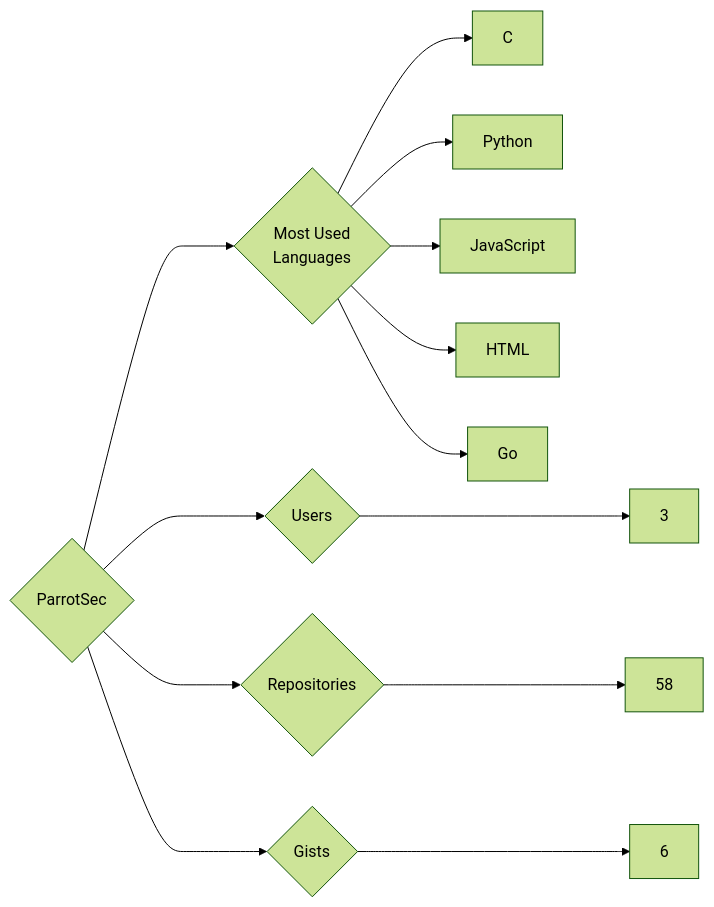
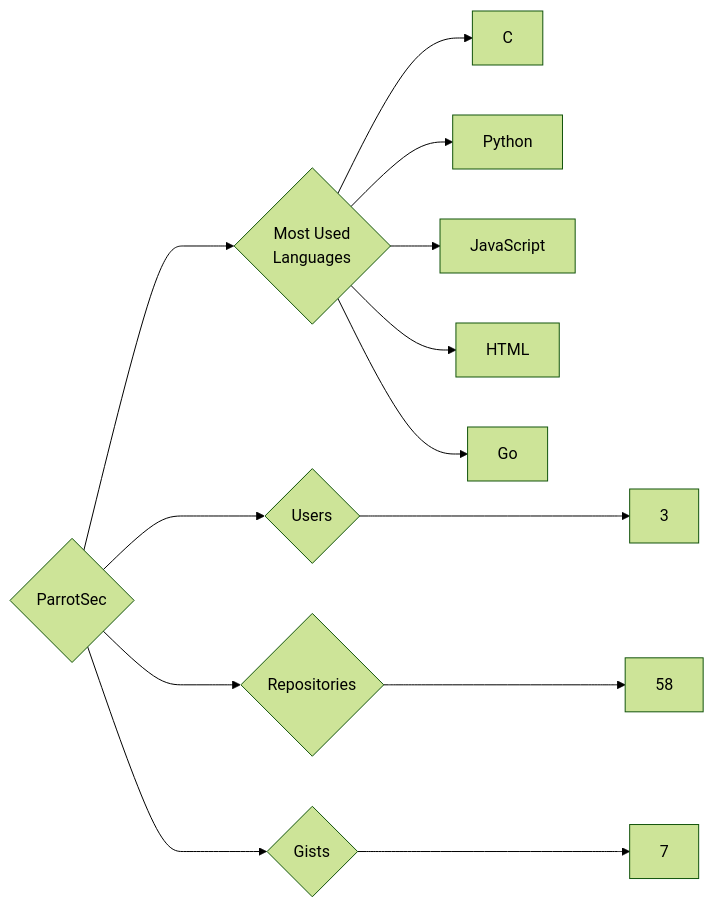
The diagram in targets/ParrotSec/README.md (trickest/insiders), drawn with Mermaid (forest theme) before and after one commit. The commit also changed 976 other files, not shown here.

````diff
--- a/targets/ParrotSec/README.md
+++ b/targets/ParrotSec/README.md
@@ -3,13 +3,13 @@
 ```mermaid
 graph LR
 COMPANY_NAME{ParrotSec}
 COMPANY_NAME ---> U{Users} ---> UN[3]
 COMPANY_NAME ---> R{Repositories} ---> RN[58]
-COMPANY_NAME ---> G{Gists} ---> GN[6]
+COMPANY_NAME ---> G{Gists} ---> GN[7]
 COMPANY_NAME ---> ML{Most Used<br>Languages}
 ML --> C[C]
 ML --> Python[Python]
 ML --> JavaScript[JavaScript]
 ML --> HTML[HTML]
 ML --> Go[Go]
 ```
````
